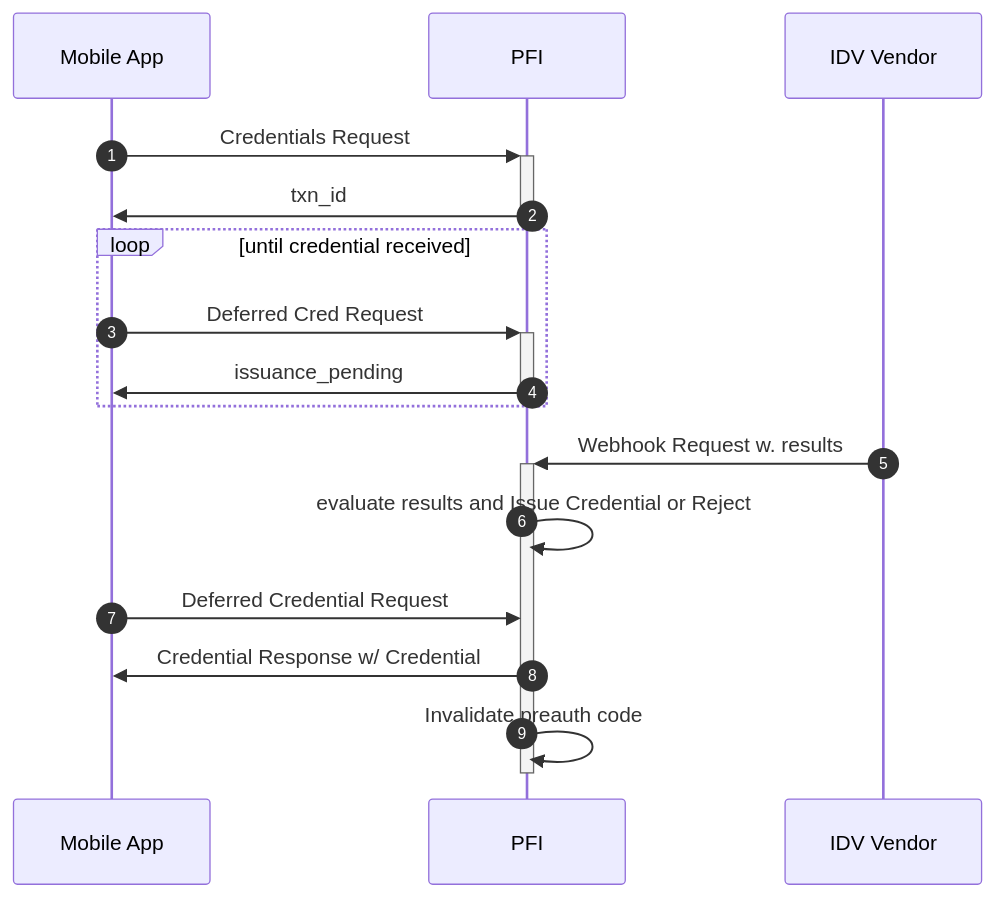
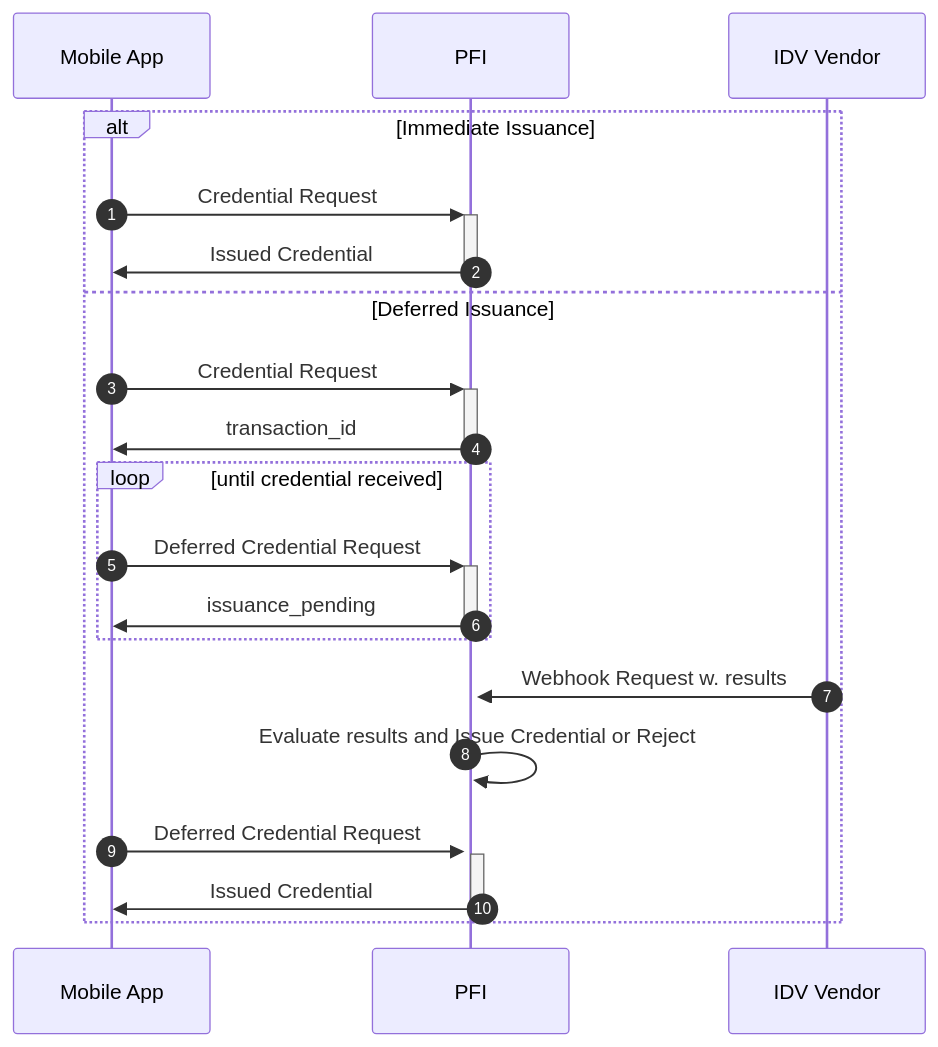
Before and after one commit to TBD54566975/known-customer-credential: the sixth of 6 diagrams in README.md, drawn with Mermaid. The commit also changed other lines of this file, not shown here.

First line of the commit message:
Document Deferred Credential endpoint (#48)

````diff
--- a/README.md
+++ b/README.md
@@ -568,21 +601,24 @@
 ```mermaid
 sequenceDiagram
 autonumber
 
 participant D as Mobile App
 participant P as PFI
 participant V as IDV Vendor
 
-D->>+P: Credentials Request
-P->>-D: txn_id
-
-loop until credential received
-    D->>+P: Deferred Cred Request
+alt Immediate Issuance
+  D->>+P: Credential Request
+  P->>-D: Issued Credential
+else Deferred Issuance
+  D->>+P: Credential Request
+  P->>-D: transaction_id
+  loop until credential received
+    D->>+P: Deferred Credential Request
     P->>-D: issuance_pending
-end
-V->>+P: Webhook Request w. results
-P->>P: evaluate results and Issue Credential or Reject
-D->>P: Deferred Credential Request
-P->>D: Credential Response w/ Credential
-P->>-P: Invalidate preauth code
+  end
+  V->>+P: Webhook Request w. results
+  P->>P: Evaluate results and Issue Credential or Reject
+  D->>+P: Deferred Credential Request
+  P->>-D: Issued Credential
+end 
 ```
````
